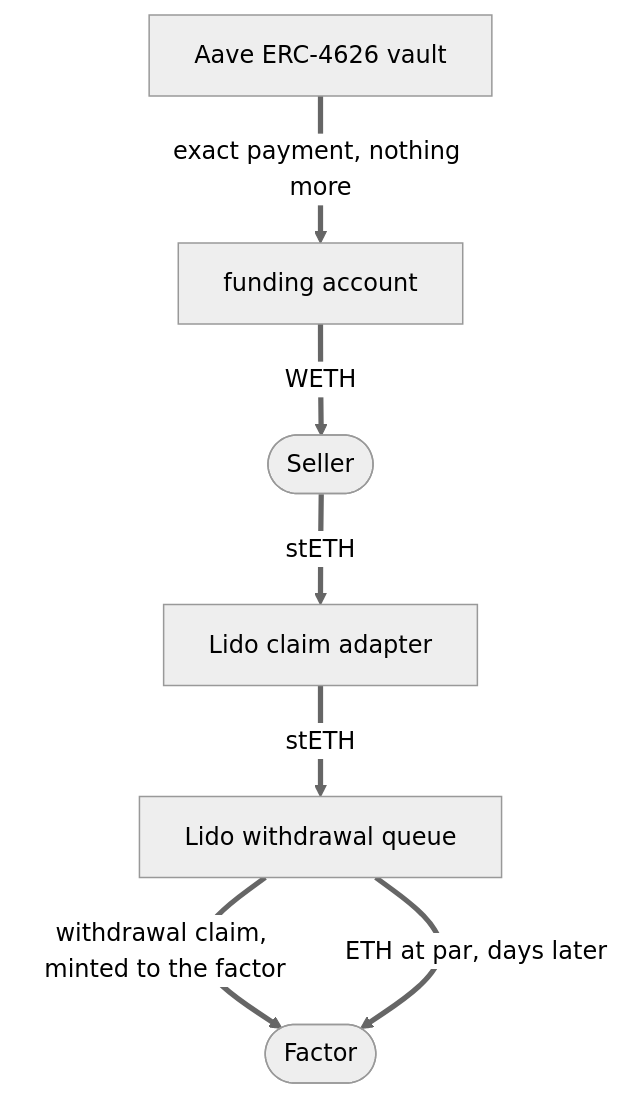
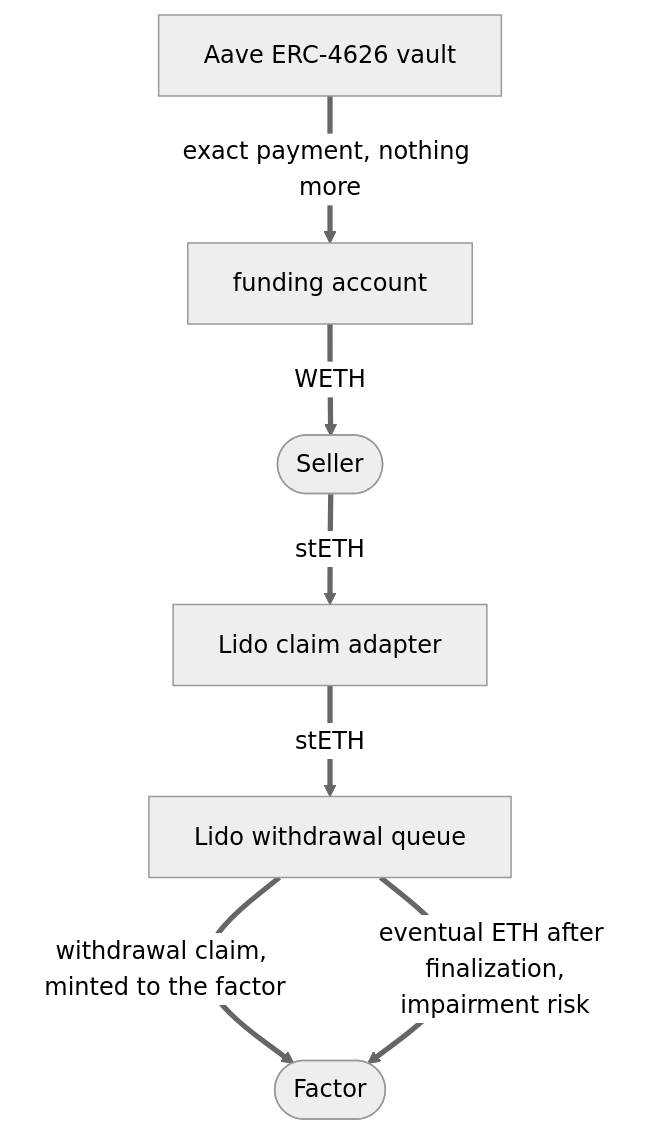
One commit to zkoranges/intentional changed the second of 2 diagrams in docs-site/how-it-works.md. Above: the diagram before and after it, drawn with Mermaid (neutral theme). The commit also changed other lines of this file and 3 other files, not shown here.

````diff
--- a/docs-site/how-it-works.md
+++ b/docs-site/how-it-works.md
@@ -37,16 +37,16 @@
 ```mermaid
 flowchart TB
     SELLER(["Seller"])
     ADAPTER["Lido claim adapter"]
     QUEUE["Lido withdrawal queue"]
     FACTOR(["Factor"])
     FUND["funding account"]
     AAVE["Aave ERC-4626 vault"]
 
     SELLER ==>|"stETH"| ADAPTER
     ADAPTER ==>|"stETH"| QUEUE
     QUEUE ==>|"withdrawal claim, minted to the factor"| FACTOR
     AAVE ==>|"exact payment, nothing more"| FUND
     FUND ==>|"WETH"| SELLER
-    QUEUE ==>|"ETH at par, days later"| FACTOR
+    QUEUE ==>|"eventual ETH after finalization,<br/>impairment risk"| FACTOR
 ```
````
